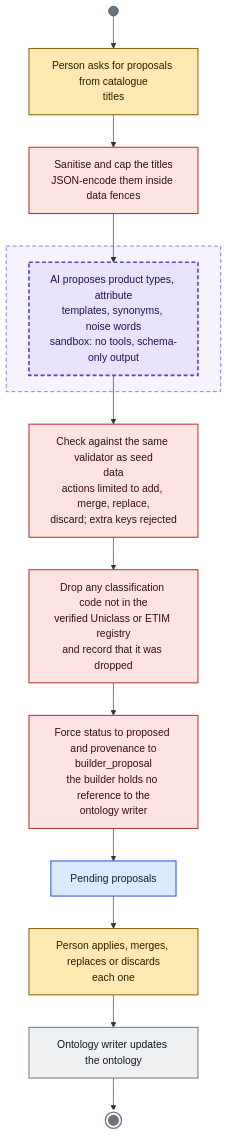
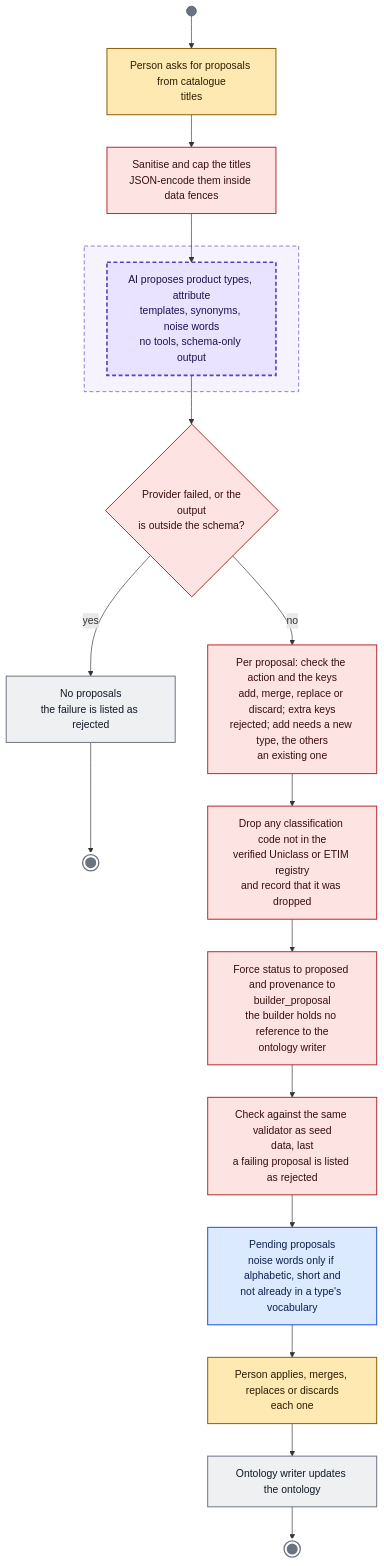
Before and after one commit to emre-akarsu/ai-commerce-ideas: diagram 20 of 33 in docs/architecture/activity-diagrams.md, drawn with Mermaid. The commit also changed other lines of this file, not shown here.

First line of the commit message:
docs: correct the activity diagrams after an independent fact-check of the remaining modules and optimizations

````diff
--- a/docs/architecture/activity-diagrams.md
+++ b/docs/architecture/activity-diagrams.md
@@ -738,25 +764,29 @@
 ```mermaid
 flowchart TB
 classDef human fill:#ffe9b3,stroke:#8a5a00,color:#2a1c00,stroke-width:1.5px
 classDef rule fill:#eef0f2,stroke:#6b7280,color:#111827,stroke-width:1.5px
 classDef ai fill:#e9e3ff,stroke:#5b3fc4,color:#1e1050,stroke-width:2.5px,stroke-dasharray:6 4
 classDef opt fill:#d8f3e4,stroke:#1b7a4a,color:#0b2e1b,stroke-width:1.5px
 classDef gate fill:#fde3e1,stroke:#b02b2b,color:#3a0d0d,stroke-width:1.5px
 classDef data fill:#dbeafe,stroke:#1d4ed8,color:#0b1f4d,stroke-width:1.5px
 classDef bar fill:#6b7280,stroke:#374151,color:#ffffff
 classDef fin fill:#6b7280,stroke:#ffffff,color:#ffffff,stroke-width:3px
 S((" ")):::bar --> o1["Person asks for proposals from catalogue<br/>titles"]:::human
 o1 --> o2["Sanitise and cap the titles<br/>JSON-encode them inside data fences"]:::gate
 subgraph SB[" "]
-  o3["AI proposes product types, attribute<br/>templates, synonyms, noise words<br/>sandbox: no tools, schema-only output"]:::ai
+  o3["AI proposes product types, attribute<br/>templates, synonyms, noise words<br/>no tools, schema-only output"]:::ai
 end
 o2 --> o3
-o3 --> o4["Check against the same validator as seed<br/>data<br/>actions limited to add, merge, replace,<br/>discard; extra keys rejected"]:::gate
+o3 --> d1{"Provider failed, or the<br/>output<br/>is outside the schema?"}:::gate
+d1 -->|"yes"| o3b["No proposals<br/>the failure is listed as rejected"]:::rule
+o3b --> E1(((" "))):::fin
+d1 -->|"no"| o4["Per proposal: check the action and the keys<br/>add, merge, replace or discard; extra keys<br/>rejected; add needs a new type, the others<br/>an existing one"]:::gate
 o4 --> o5["Drop any classification code not in the<br/>verified Uniclass or ETIM registry<br/>and record that it was dropped"]:::gate
 o5 --> o6["Force status to proposed and provenance to<br/>builder_proposal<br/>the builder holds no reference to the<br/>ontology writer"]:::gate
-o6 --> o7["Pending proposals"]:::data
+o6 --> o6b["Check against the same validator as seed<br/>data, last<br/>a failing proposal is listed as rejected"]:::gate
+o6b --> o7["Pending proposals<br/>noise words only if alphabetic, short and<br/>not already in a type's vocabulary"]:::data
 o7 --> o8["Person applies, merges, replaces or discards<br/>each one"]:::human
 o8 --> o9["Ontology writer updates the ontology"]:::rule
-o9 --> E(((" "))):::fin
+o9 --> E2(((" "))):::fin
 style SB fill:#f6f3ff,stroke:#5b3fc4,stroke-dasharray:6 4,color:#1e1050
 ```
````
